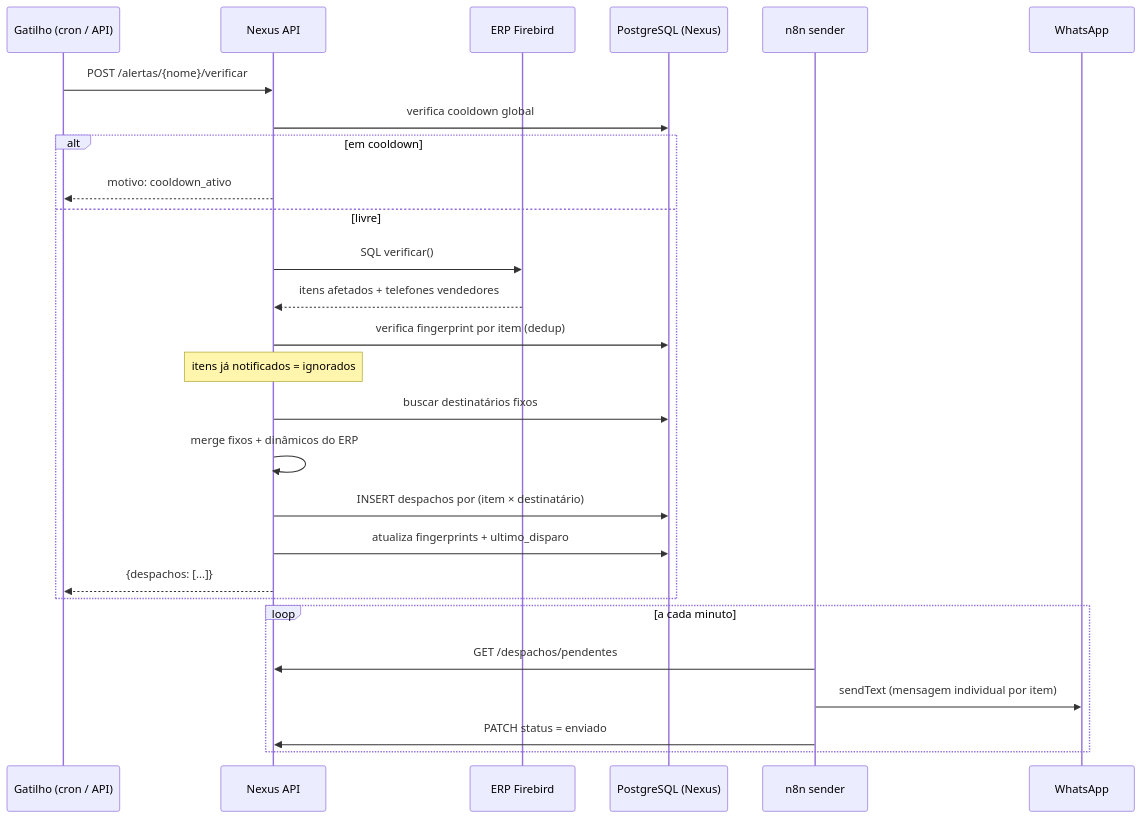
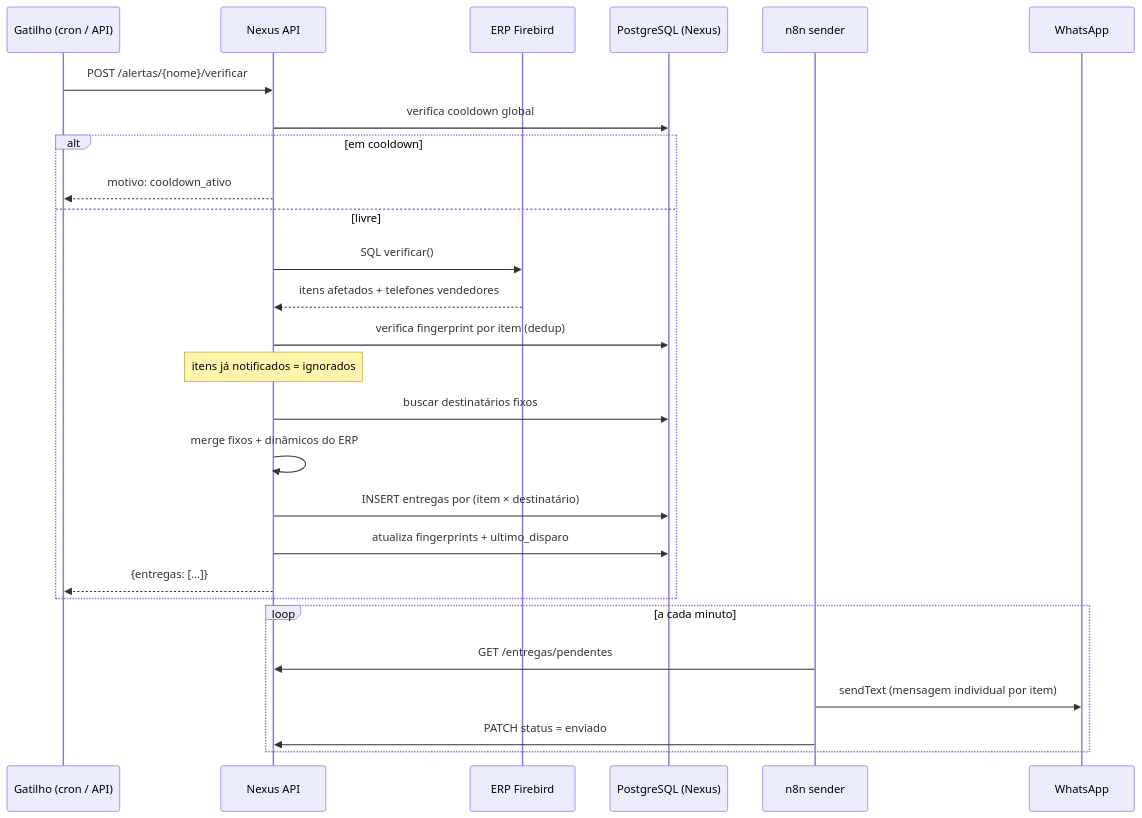
One commit to ocerqueira/nexus-2 changed the third of 5 diagrams in docs/fluxo-sistema.md. Above: the diagram before and after it, drawn with Mermaid. The commit also changed other lines of this file and 20 other files, not shown here.

````diff
--- a/docs/fluxo-sistema.md
+++ b/docs/fluxo-sistema.md
@@ -120,31 +120,31 @@
 ```mermaid
 sequenceDiagram
     participant Trigger as Gatilho (cron / API)
     participant Nexus as Nexus API
     participant ERP as ERP Firebird
     participant DB as PostgreSQL (Nexus)
     participant N8N as n8n sender
     participant WA as WhatsApp
 
     Trigger->>Nexus: POST /alertas/{nome}/verificar
     Nexus->>DB: verifica cooldown global
     alt em cooldown
         Nexus-->>Trigger: motivo: cooldown_ativo
     else livre
         Nexus->>ERP: SQL verificar()
         ERP-->>Nexus: itens afetados + telefones vendedores
         Nexus->>DB: verifica fingerprint por item (dedup)
         Note over Nexus: itens já notificados = ignorados
         Nexus->>DB: buscar destinatários fixos
         Nexus->>Nexus: merge fixos + dinâmicos do ERP
-        Nexus->>DB: INSERT despachos por (item × destinatário)
+        Nexus->>DB: INSERT entregas por (item × destinatário)
         Nexus->>DB: atualiza fingerprints + ultimo_disparo
-        Nexus-->>Trigger: {despachos: [...]}
+        Nexus-->>Trigger: {entregas: [...]}
     end
 
     loop a cada minuto
-        N8N->>Nexus: GET /despachos/pendentes
+        N8N->>Nexus: GET /entregas/pendentes
         N8N->>WA: sendText (mensagem individual por item)
         N8N->>Nexus: PATCH status = enviado
     end
 ```
````
